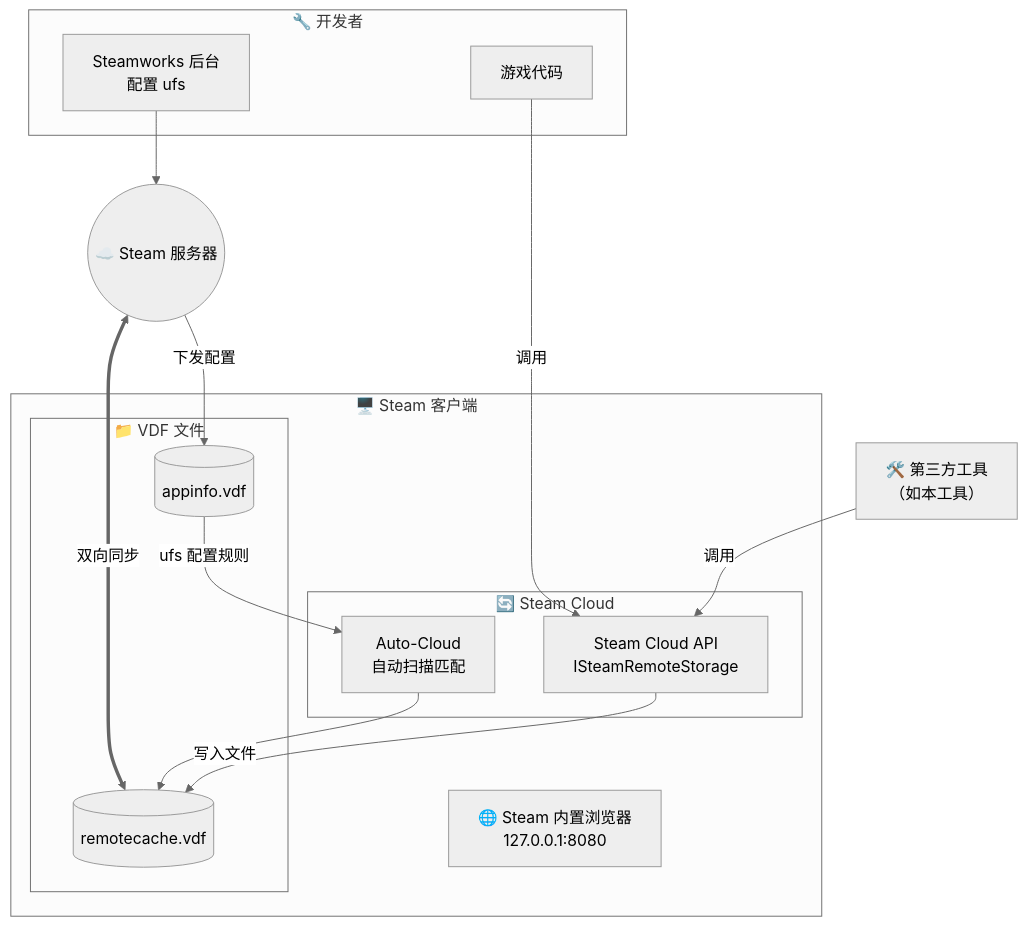
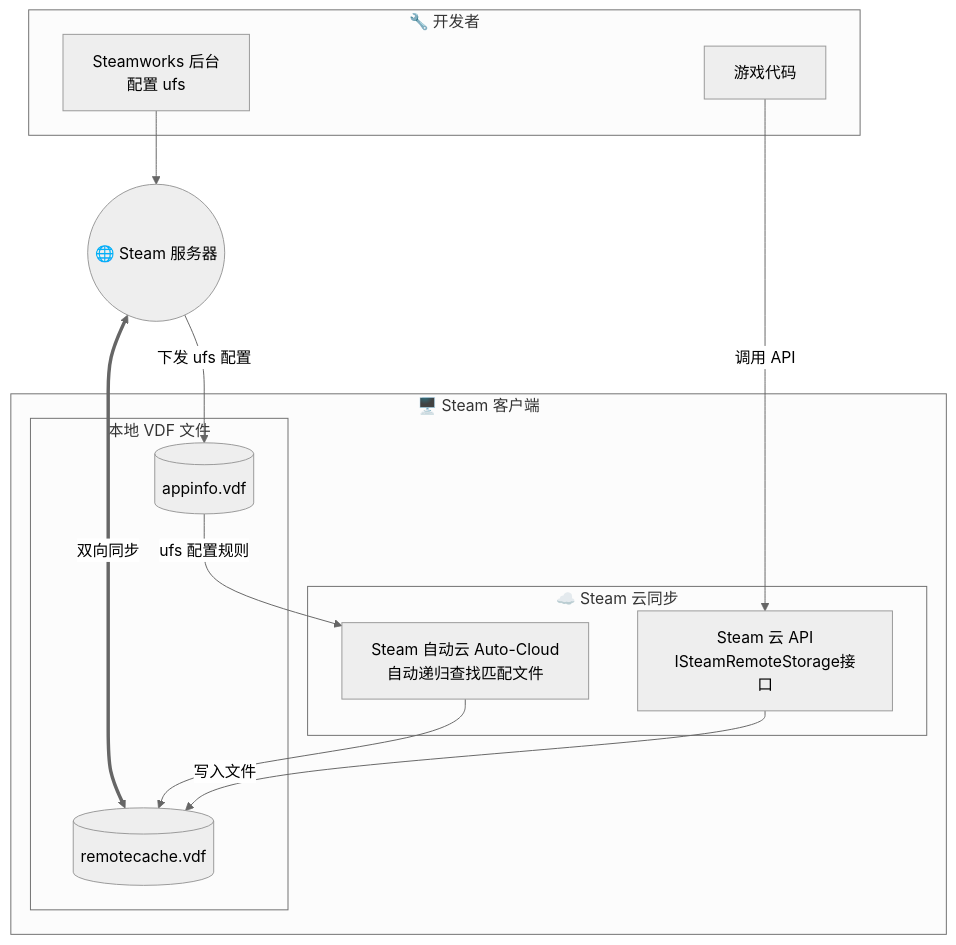
Before and after one commit to Fldicoahkiin/SteamCloudFileManager: the first of 4 diagrams in README.md, drawn with Mermaid (neutral theme). The commit also changed other lines of this file and 2 other files, not shown here.

Commit message:
docs: 更新 README 文档，完善 UFS 配置管理功能说明

````diff
--- a/README.md
+++ b/README.md
@@ -260,40 +260,35 @@
 ```mermaid
 graph TB
     subgraph dev["🔧 开发者"]
         Steamworks["Steamworks 后台<br/>配置 ufs"]
         GameCode["游戏代码"]
     end
     
-    Cloud(("☁️ Steam 服务器"))
+    Cloud(("🌐 Steam 服务器"))
     
     subgraph client["🖥️ Steam 客户端"]
-        subgraph vdf["📁 VDF 文件"]
+        subgraph vdf["本地 VDF 文件"]
             AppInfo[(appinfo.vdf)]
             RemoteCache[(remotecache.vdf)]
         end
         
-        subgraph sync["🔄 Steam Cloud"]
-            Auto["Auto-Cloud<br/>自动扫描匹配"]
-            API["Steam Cloud API<br/>ISteamRemoteStorage"]
+        subgraph sync["☁️ Steam 云同步"]
+            Auto["Steam 自动云 Auto-Cloud<br/>自动递归查找匹配文件"]
+            API["Steam 云 API<br/>ISteamRemoteStorage接口"]
         end
-        
-        SteamBrowser["🌐 Steam 内置浏览器<br/>127.0.0.1:8080"]
     end
     
-    ThirdParty["🛠️ 第三方工具<br/>（如本工具）"]
-    
-    %% Steamworks 配置 → Auto-Cloud
+    %% Steamworks 配置下发流程
     Steamworks --> Cloud
-    Cloud -->|下发配置| AppInfo
+    Cloud -->|下发 ufs 配置| AppInfo
     AppInfo -->|ufs 配置规则| Auto
     Auto --> RemoteCache
     
-    %% 游戏代码/第三方工具 → API
-    GameCode -->|调用| API
-    ThirdParty -->|调用| API
+    %% 游戏代码调用 API
+    GameCode -->|调用 API| API
     API -->|写入文件| RemoteCache
     
     %% 双向同步
     RemoteCache <===>|双向同步| Cloud
 
 ```
````
